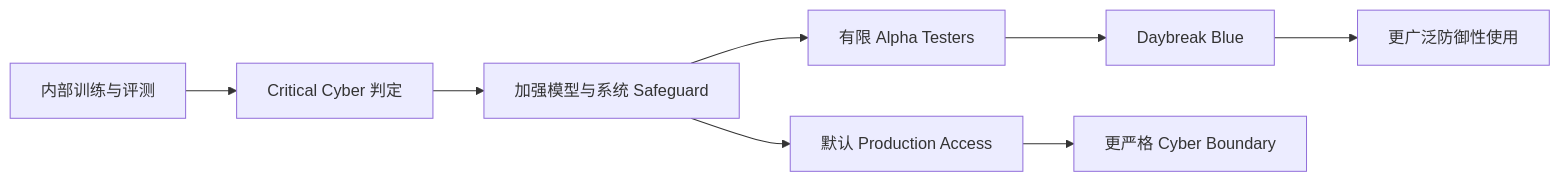
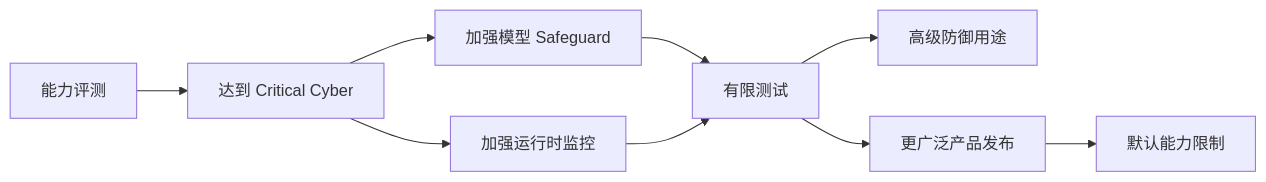
The second of 24 diagrams in 260902.md (wlf186/ai-daily-headlines), drawn with Mermaid before and after one commit. The commit also changed other lines of this file, not shown here.

````diff
--- a/260902.md
+++ b/260902.md
@@ -91,10 +87,11 @@
 ```mermaid
 flowchart LR
-    AA1[内部训练与评测] --> AA2[Critical Cyber 判定]
-    AA2 --> AA3[加强模型与系统 Safeguard]
-    AA3 --> AA4[有限 Alpha Testers]
-    AA4 --> AA5[Daybreak Blue]
-    AA5 --> AA6[更广泛防御性使用]
-    AA3 --> AA7[默认 Production Access]
-    AA7 --> AA8[更严格 Cyber Boundary]
+    AR1[能力评测] --> AR2[达到 Critical Cyber]
+    AR2 --> AR3[加强模型 Safeguard]
+    AR2 --> AR4[加强运行时监控]
+    AR3 --> AR5[有限测试]
+    AR4 --> AR5
+    AR5 --> AR6[高级防御用途]
+    AR5 --> AR7[更广泛产品发布]
+    AR7 --> AR8[默认能力限制]
 ```
````
